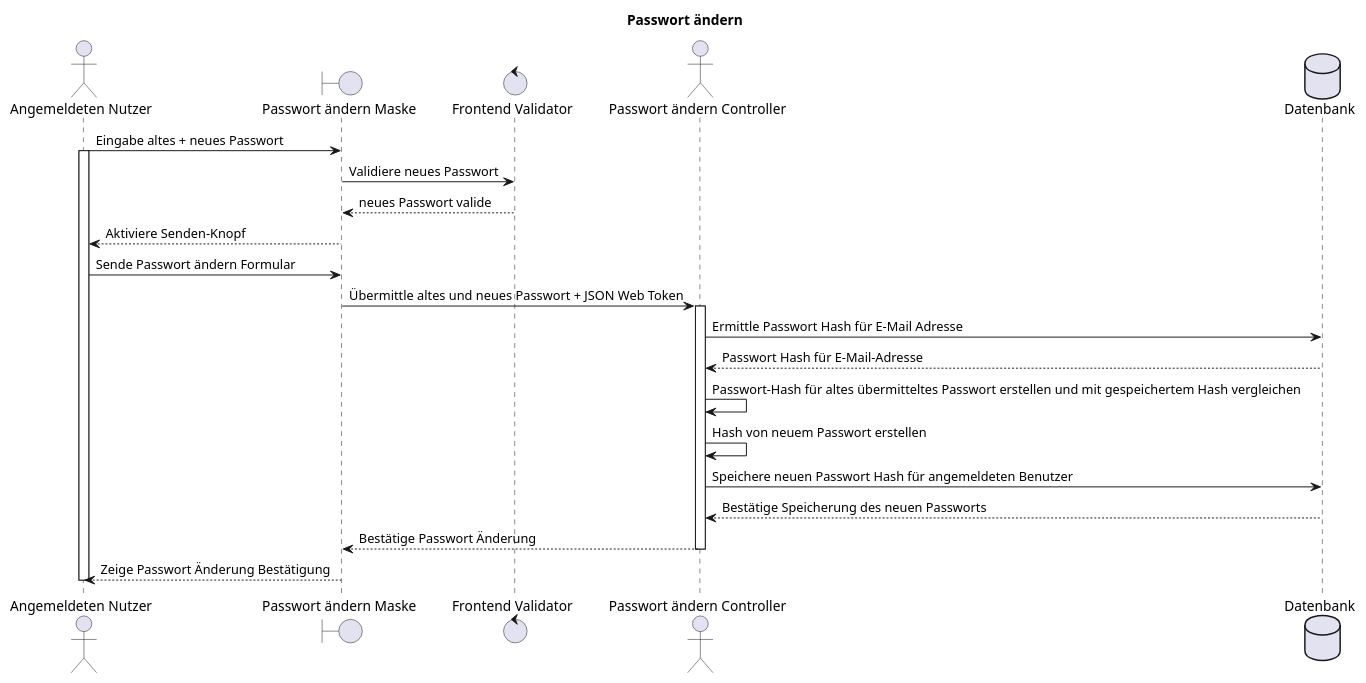
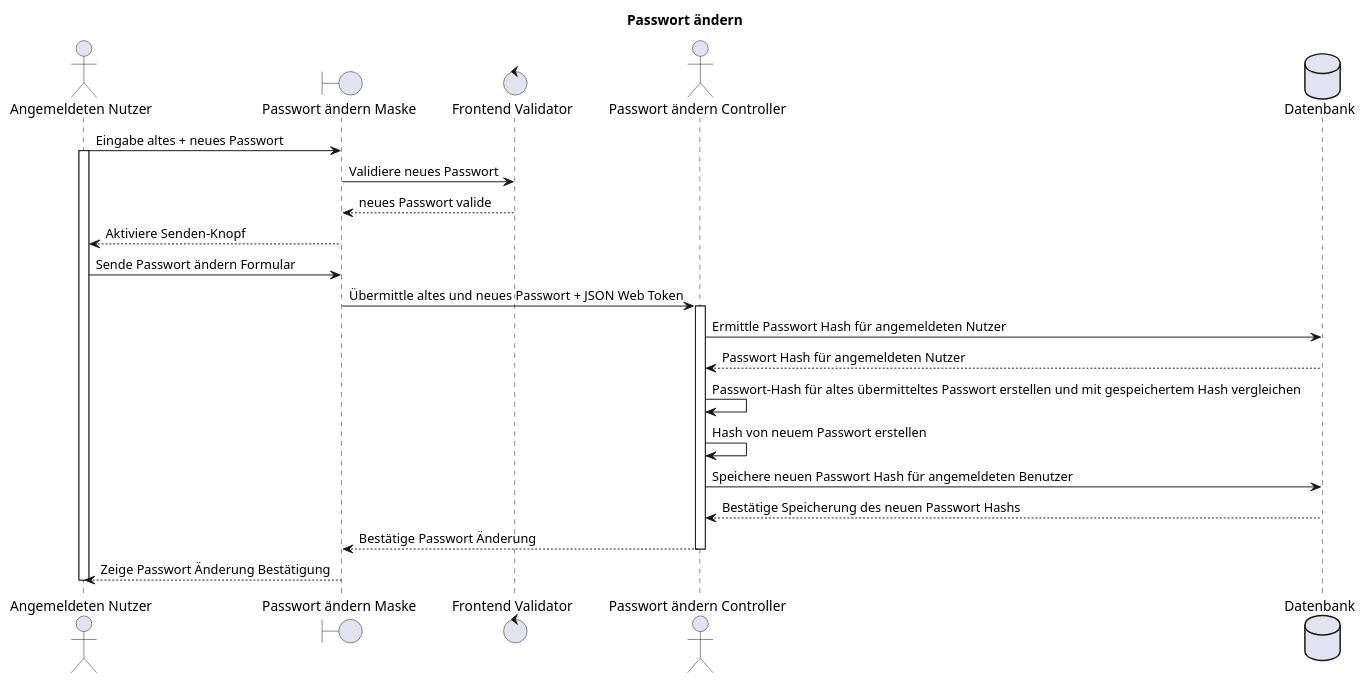
The diagram in docs/F013/F013_passwortAendern_seq.plantuml (party-time-2/party-time), drawn with PlantUML before and after one commit. The commit also changed 1 other file, not shown here.

Commit message:
F013 diagrams small fix

```diff
--- a/docs/F013/F013_passwortAendern_seq.plantuml
+++ b/docs/F013/F013_passwortAendern_seq.plantuml
@@ -1,31 +1,31 @@
 @startuml F013_passwortAendern_seq
 title "Passwort ändern"
 
 actor "Angemeldeten Nutzer" as user
 boundary "Passwort ändern Maske" as changePwd
 control "Frontend Validator" as frontValid
 actor "Passwort ändern Controller" as controller
 database "Datenbank" as db
 
 ' Initiale Registrierung
 user -> changePwd: Eingabe altes + neues Passwort
 activate user
 changePwd -> frontValid: Validiere neues Passwort
 changePwd <-- frontValid: neues Passwort valide
 user <-- changePwd: Aktiviere Senden-Knopf
 user -> changePwd: Sende Passwort ändern Formular
 
 changePwd -> controller: Übermittle altes und neues Passwort + JSON Web Token
 activate controller
-controller -> db: Ermittle Passwort Hash für E-Mail Adresse
-controller <-- db: Passwort Hash für E-Mail-Adresse
+controller -> db: Ermittle Passwort Hash für angemeldeten Nutzer
+controller <-- db: Passwort Hash für angemeldeten Nutzer
 controller -> controller: Passwort-Hash für altes übermitteltes Passwort erstellen und mit gespeichertem Hash vergleichen
 controller -> controller: Hash von neuem Passwort erstellen
 controller -> db: Speichere neuen Passwort Hash für angemeldeten Benutzer
-controller <-- db: Bestätige Speicherung des neuen Passworts
+controller <-- db: Bestätige Speicherung des neuen Passwort Hashs
 changePwd <-- controller: Bestätige Passwort Änderung
 deactivate controller
 
 user <-- changePwd: Zeige Passwort Änderung Bestätigung
 deactivate user
 @enduml
```
